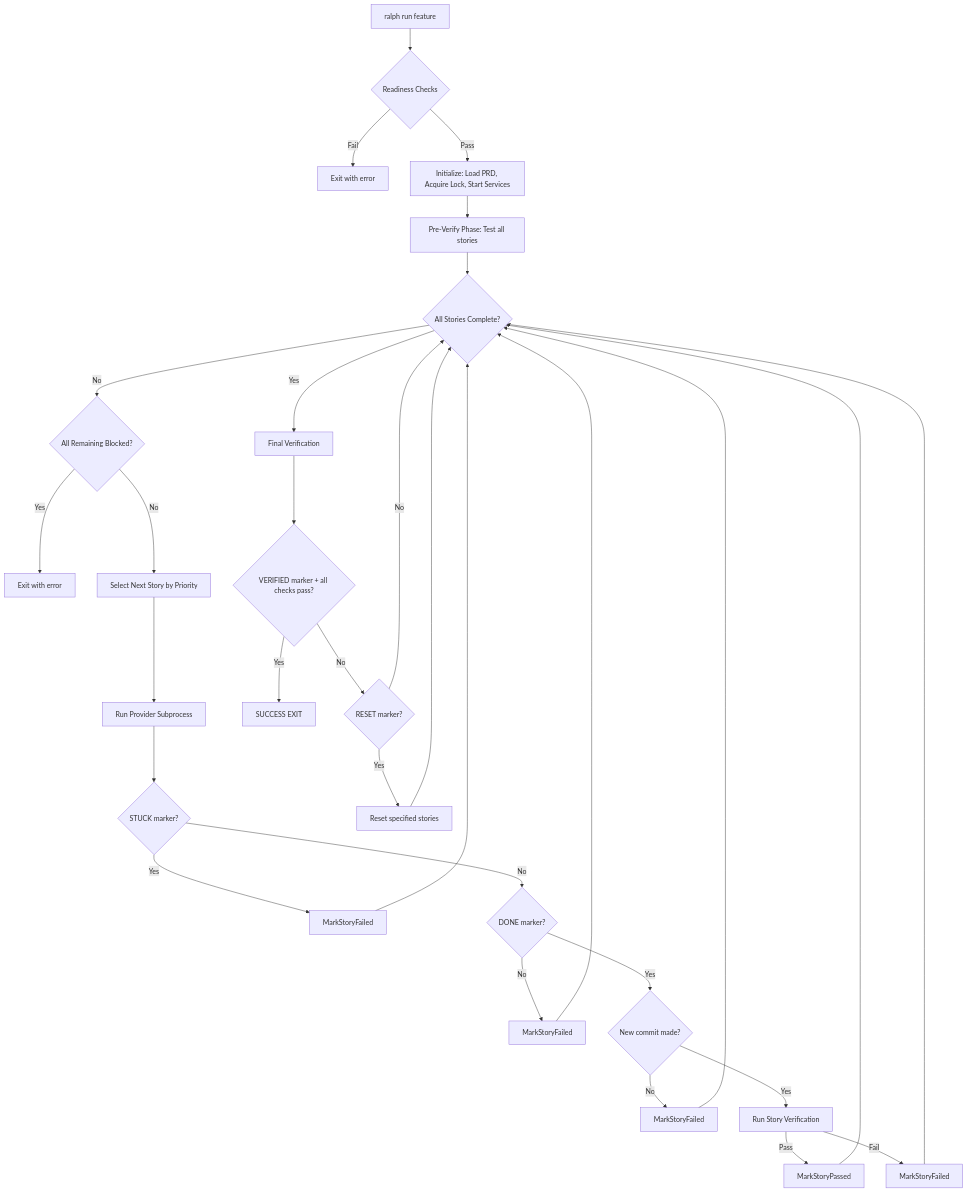
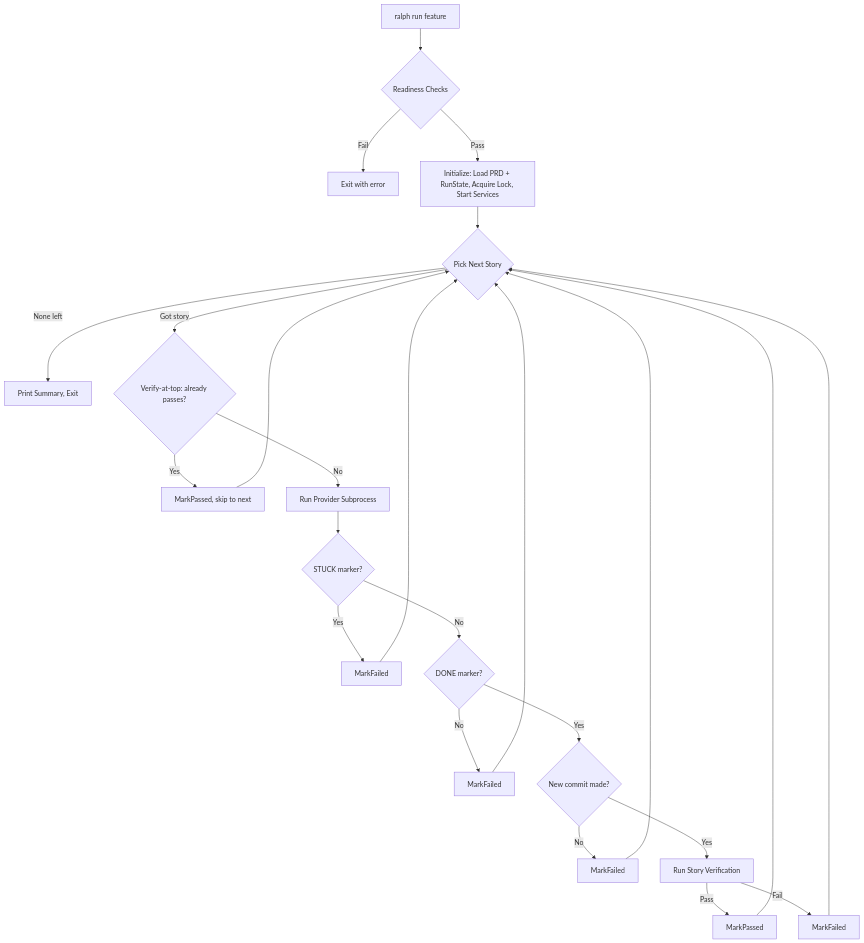
Before and after one commit to scripness/ralph: the first of 2 diagrams in README.md, drawn with Mermaid. The commit also changed other lines of this file and 23 other files, not shown here.

First line of the commit message:
refactor: radical simplification — 3 markers, flat state, no final-verify

````diff
--- a/README.md
+++ b/README.md
@@ -41,44 +41,34 @@
 ```mermaid
 flowchart TD
     Start[ralph run feature] --> Readiness{Readiness Checks}
     Readiness -->|Fail| Exit1[Exit with error]
-    Readiness -->|Pass| Init[Initialize: Load PRD, Acquire Lock, Start Services]
+    Readiness -->|Pass| Init[Initialize: Load PRD + RunState, Acquire Lock, Start Services]
 
-    Init --> PreVerify[Pre-Verify Phase: Test all stories]
-    PreVerify --> MainLoop{All Stories Complete?}
+    Init --> MainLoop{Pick Next Story}
 
-    MainLoop -->|Yes| FinalVerify[Final Verification]
-    MainLoop -->|No| CheckBlocked{All Remaining Blocked?}
+    MainLoop -->|None left| Success[Print Summary, Exit]
+    MainLoop -->|Got story| VerifyFirst{Verify-at-top: already passes?}
 
-    CheckBlocked -->|Yes| Exit2[Exit with error]
-    CheckBlocked -->|No| SelectStory[Select Next Story by Priority]
+    VerifyFirst -->|Yes| MarkPassed1[MarkPassed, skip to next]
+    VerifyFirst -->|No| RunProvider[Run Provider Subprocess]
 
-    SelectStory --> RunProvider[Run Provider Subprocess]
     RunProvider --> CheckSTUCK{STUCK marker?}
-
-    CheckSTUCK -->|Yes| MarkFailed1[MarkStoryFailed]
+    CheckSTUCK -->|Yes| MarkFailed1[MarkFailed]
     CheckSTUCK -->|No| CheckDONE{DONE marker?}
 
-    CheckDONE -->|No| MarkFailed2[MarkStoryFailed]
+    CheckDONE -->|No| MarkFailed2[MarkFailed]
     CheckDONE -->|Yes| CheckCommit{New commit made?}
 
-    CheckCommit -->|No| MarkFailed3[MarkStoryFailed]
+    CheckCommit -->|No| MarkFailed3[MarkFailed]
     CheckCommit -->|Yes| StoryVerify[Run Story Verification]
 
-    StoryVerify -->|Pass| MarkPassed[MarkStoryPassed]
-    StoryVerify -->|Fail| MarkFailed4[MarkStoryFailed]
+    StoryVerify -->|Pass| MarkPassed2[MarkPassed]
+    StoryVerify -->|Fail| MarkFailed4[MarkFailed]
 
+    MarkPassed1 --> MainLoop
+    MarkPassed2 --> MainLoop
     MarkFailed1 --> MainLoop
     MarkFailed2 --> MainLoop
     MarkFailed3 --> MainLoop
     MarkFailed4 --> MainLoop
-    MarkPassed --> MainLoop
-
-    FinalVerify --> CheckVERIFIED{VERIFIED marker + all checks pass?}
-    CheckVERIFIED -->|Yes| Success[SUCCESS EXIT]
-    CheckVERIFIED -->|No| CheckRESET{RESET marker?}
-
-    CheckRESET -->|Yes| ResetStories[Reset specified stories]
-    ResetStories --> MainLoop
-    CheckRESET -->|No| MainLoop
 ```
````
